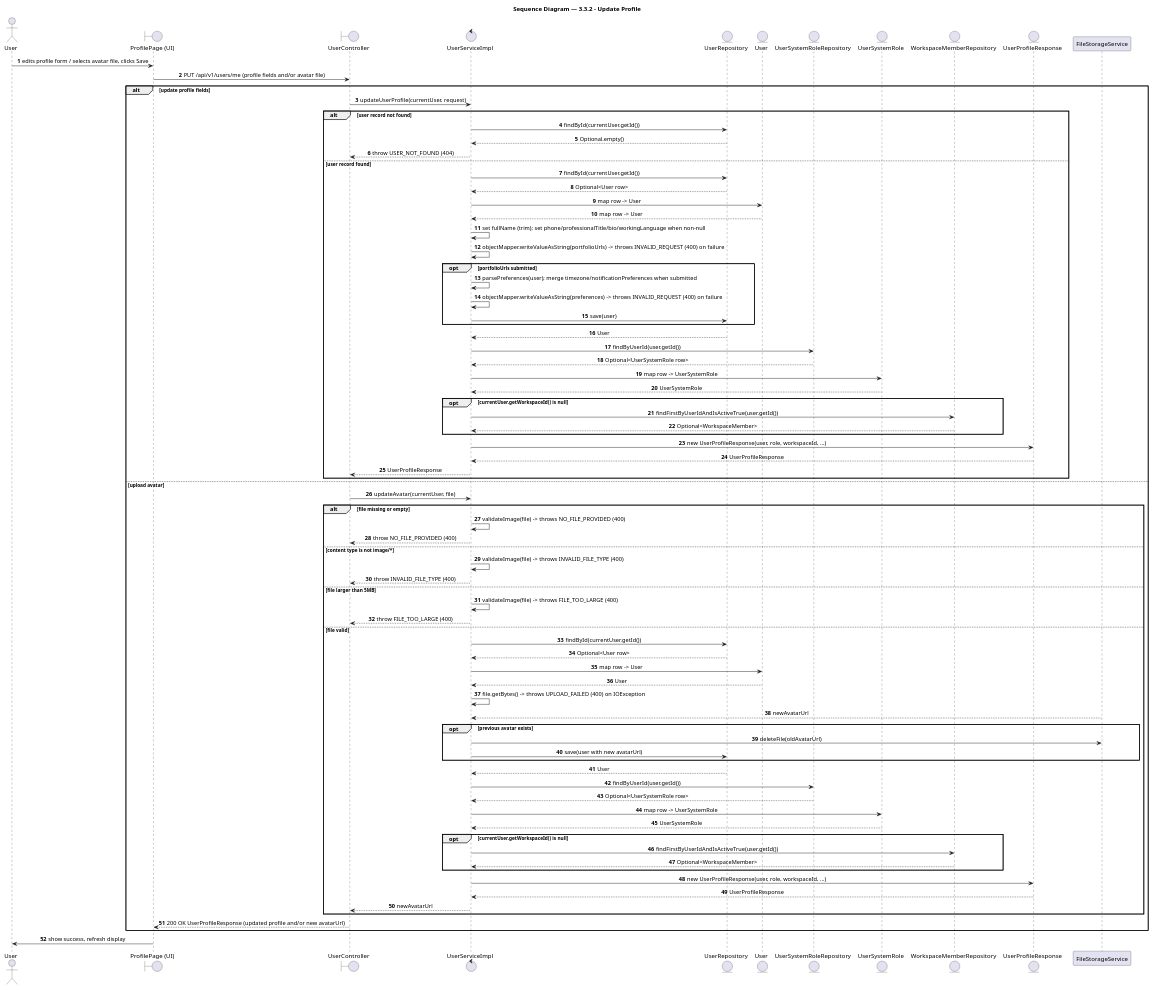
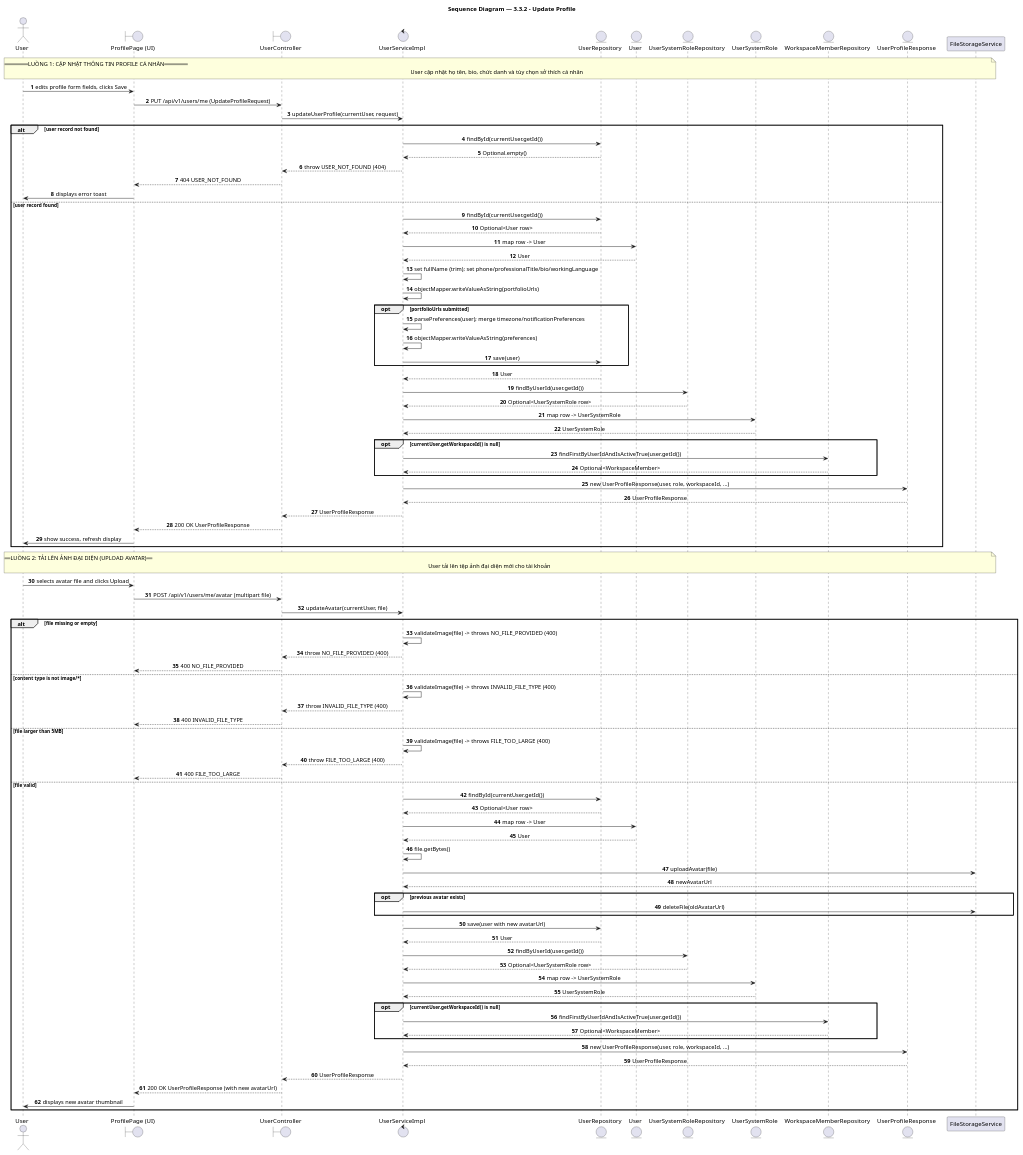
The diagram in docs/feature/profile/3-3-2-update-profile/report4_sequence.puml (BrandHubOrganization/brandhub-infrastructure), drawn with PlantUML before and after one commit. The commit also changed 21 other files, not shown here.

Commit message:
docs: add sequence diagrams and documentation for agency workspace and profile features

```diff
--- a/docs/feature/profile/3-3-2-update-profile/report4_sequence.puml
+++ b/docs/feature/profile/3-3-2-update-profile/report4_sequence.puml
@@ -1,96 +1,109 @@
 @startuml 3.3.2 - Update Profile
 title Sequence Diagram — 3.3.2 - Update Profile
 
 autonumber
 skinparam shadowing false
 skinparam sequenceMessageAlign center
 skinparam BoxPadding 10
 skinparam ParticipantPadding 10
 
 ' === Participants ===
 actor "User" as user
 boundary "ProfilePage (UI)" as profilepage_ui
 boundary "UserController" as usercontroller
 control "UserServiceImpl" as userserviceimpl
 entity "UserRepository" as userrepository
 entity "User" as user_1
 entity "UserSystemRoleRepository" as usersystemrolerepository
 entity "UserSystemRole" as usersystemrole
 entity "WorkspaceMemberRepository" as workspacememberrepository
 entity "UserProfileResponse" as userprofileresponse
 participant "FileStorageService" as filestorageservice
 
-' === Flow ===
-user -> profilepage_ui: edits profile form / selects avatar file, clicks Save
-profilepage_ui -> usercontroller: PUT /api/v1/users/me (profile fields and/or avatar file)
-alt update profile fields
-  usercontroller -> userserviceimpl: updateUserProfile(currentUser, request)
-  alt user record not found
-    userserviceimpl -> userrepository: findById(currentUser.getId())
-    userrepository --> userserviceimpl: Optional.empty()
-    userserviceimpl --> usercontroller: throw USER_NOT_FOUND (404)
-  else user record found
-    userserviceimpl -> userrepository: findById(currentUser.getId())
-    userrepository --> userserviceimpl: Optional<User row>
-    userserviceimpl -> user_1: map row -> User
-    user_1 --> userserviceimpl: map row -> User
-    userserviceimpl -> userserviceimpl: set fullName (trim); set phone/professionalTitle/bio/workingLanguage when non-null
-    userserviceimpl -> userserviceimpl: objectMapper.writeValueAsString(portfolioUrls) -> throws INVALID_REQUEST (400) on failure
-    opt portfolioUrls submitted
-      userserviceimpl -> userserviceimpl: parsePreferences(user); merge timezone/notificationPreferences when submitted
-      userserviceimpl -> userserviceimpl: objectMapper.writeValueAsString(preferences) -> throws INVALID_REQUEST (400) on failure
-      userserviceimpl -> userrepository: save(user)
-    end
-    userrepository --> userserviceimpl: User
-    userserviceimpl -> usersystemrolerepository: findByUserId(user.getId())
-    usersystemrolerepository --> userserviceimpl: Optional<UserSystemRole row>
-    userserviceimpl -> usersystemrole: map row -> UserSystemRole
-    usersystemrole --> userserviceimpl: UserSystemRole
-    opt currentUser.getWorkspaceId() is null
-      userserviceimpl -> workspacememberrepository: findFirstByUserIdAndIsActiveTrue(user.getId())
-      workspacememberrepository --> userserviceimpl: Optional<WorkspaceMember>
-    end
-    userserviceimpl -> userprofileresponse: new UserProfileResponse(user, role, workspaceId, ...)
-    userprofileresponse --> userserviceimpl: UserProfileResponse
-    userserviceimpl --> usercontroller: UserProfileResponse
+' === Flow 1 ===
+note over user, filestorageservice : == LUỒNG 1: CẬP NHẬT THÔNG TIN PROFILE CÁ NHÂN ==\nUser cập nhật họ tên, bio, chức danh và tùy chọn sở thích cá nhân
+
+user -> profilepage_ui: edits profile form fields, clicks Save
+profilepage_ui -> usercontroller: PUT /api/v1/users/me (UpdateProfileRequest)
+usercontroller -> userserviceimpl: updateUserProfile(currentUser, request)
+alt user record not found
+  userserviceimpl -> userrepository: findById(currentUser.getId())
+  userrepository --> userserviceimpl: Optional.empty()
+  userserviceimpl --> usercontroller: throw USER_NOT_FOUND (404)
+  usercontroller --> profilepage_ui: 404 USER_NOT_FOUND
+  profilepage_ui -> user: displays error toast
+else user record found
+  userserviceimpl -> userrepository: findById(currentUser.getId())
+  userrepository --> userserviceimpl: Optional<User row>
+  userserviceimpl -> user_1: map row -> User
+  user_1 --> userserviceimpl: User
+  userserviceimpl -> userserviceimpl: set fullName (trim); set phone/professionalTitle/bio/workingLanguage
+  userserviceimpl -> userserviceimpl: objectMapper.writeValueAsString(portfolioUrls)
+  opt portfolioUrls submitted
+    userserviceimpl -> userserviceimpl: parsePreferences(user); merge timezone/notificationPreferences
+    userserviceimpl -> userserviceimpl: objectMapper.writeValueAsString(preferences)
+    userserviceimpl -> userrepository: save(user)
   end
-else upload avatar
-  usercontroller -> userserviceimpl: updateAvatar(currentUser, file)
-  alt file missing or empty
-    userserviceimpl -> userserviceimpl: validateImage(file) -> throws NO_FILE_PROVIDED (400)
-    userserviceimpl --> usercontroller: throw NO_FILE_PROVIDED (400)
-  else content type is not image/*
-    userserviceimpl -> userserviceimpl: validateImage(file) -> throws INVALID_FILE_TYPE (400)
-    userserviceimpl --> usercontroller: throw INVALID_FILE_TYPE (400)
-  else file larger than 5MB
-    userserviceimpl -> userserviceimpl: validateImage(file) -> throws FILE_TOO_LARGE (400)
-    userserviceimpl --> usercontroller: throw FILE_TOO_LARGE (400)
-  else file valid
-    userserviceimpl -> userrepository: findById(currentUser.getId())
-    userrepository --> userserviceimpl: Optional<User row>
-    userserviceimpl -> user_1: map row -> User
-    user_1 --> userserviceimpl: User
-    userserviceimpl -> userserviceimpl: file.getBytes() -> throws UPLOAD_FAILED (400) on IOException
-    filestorageservice --> userserviceimpl: newAvatarUrl
-    opt previous avatar exists
-      userserviceimpl -> filestorageservice: deleteFile(oldAvatarUrl)
-      userserviceimpl -> userrepository: save(user with new avatarUrl)
-    end
-    userrepository --> userserviceimpl: User
-    userserviceimpl -> usersystemrolerepository: findByUserId(user.getId())
-    usersystemrolerepository --> userserviceimpl: Optional<UserSystemRole row>
-    userserviceimpl -> usersystemrole: map row -> UserSystemRole
-    usersystemrole --> userserviceimpl: UserSystemRole
-    opt currentUser.getWorkspaceId() is null
-      userserviceimpl -> workspacememberrepository: findFirstByUserIdAndIsActiveTrue(user.getId())
-      workspacememberrepository --> userserviceimpl: Optional<WorkspaceMember>
-    end
-    userserviceimpl -> userprofileresponse: new UserProfileResponse(user, role, workspaceId, ...)
-    userprofileresponse --> userserviceimpl: UserProfileResponse
-    userserviceimpl --> usercontroller: newAvatarUrl
+  userrepository --> userserviceimpl: User
+  userserviceimpl -> usersystemrolerepository: findByUserId(user.getId())
+  usersystemrolerepository --> userserviceimpl: Optional<UserSystemRole row>
+  userserviceimpl -> usersystemrole: map row -> UserSystemRole
+  usersystemrole --> userserviceimpl: UserSystemRole
+  opt currentUser.getWorkspaceId() is null
+    userserviceimpl -> workspacememberrepository: findFirstByUserIdAndIsActiveTrue(user.getId())
+    workspacememberrepository --> userserviceimpl: Optional<WorkspaceMember>
   end
-  usercontroller --> profilepage_ui: 200 OK UserProfileResponse (updated profile and/or new avatarUrl)
+  userserviceimpl -> userprofileresponse: new UserProfileResponse(user, role, workspaceId, ...)
+  userprofileresponse --> userserviceimpl: UserProfileResponse
+  userserviceimpl --> usercontroller: UserProfileResponse
+  usercontroller --> profilepage_ui: 200 OK UserProfileResponse
+  profilepage_ui -> user: show success, refresh display
 end
-profilepage_ui -> user: show success, refresh display
+
+' === Flow 2 ===
+note over user, filestorageservice : == LUỒNG 2: TẢI LÊN ẢNH ĐẠI DIỆN (UPLOAD AVATAR) ==\nUser tải lên tệp ảnh đại diện mới cho tài khoản
+
+user -> profilepage_ui: selects avatar file and clicks Upload
+profilepage_ui -> usercontroller: POST /api/v1/users/me/avatar (multipart file)
+usercontroller -> userserviceimpl: updateAvatar(currentUser, file)
+alt file missing or empty
+  userserviceimpl -> userserviceimpl: validateImage(file) -> throws NO_FILE_PROVIDED (400)
+  userserviceimpl --> usercontroller: throw NO_FILE_PROVIDED (400)
+  usercontroller --> profilepage_ui: 400 NO_FILE_PROVIDED
+else content type is not image/*
+  userserviceimpl -> userserviceimpl: validateImage(file) -> throws INVALID_FILE_TYPE (400)
+  userserviceimpl --> usercontroller: throw INVALID_FILE_TYPE (400)
+  usercontroller --> profilepage_ui: 400 INVALID_FILE_TYPE
+else file larger than 5MB
+  userserviceimpl -> userserviceimpl: validateImage(file) -> throws FILE_TOO_LARGE (400)
+  userserviceimpl --> usercontroller: throw FILE_TOO_LARGE (400)
+  usercontroller --> profilepage_ui: 400 FILE_TOO_LARGE
+else file valid
+  userserviceimpl -> userrepository: findById(currentUser.getId())
+  userrepository --> userserviceimpl: Optional<User row>
+  userserviceimpl -> user_1: map row -> User
+  user_1 --> userserviceimpl: User
+  userserviceimpl -> userserviceimpl: file.getBytes()
+  userserviceimpl -> filestorageservice: uploadAvatar(file)
+  filestorageservice --> userserviceimpl: newAvatarUrl
+  opt previous avatar exists
+    userserviceimpl -> filestorageservice: deleteFile(oldAvatarUrl)
+  end
+  userserviceimpl -> userrepository: save(user with new avatarUrl)
+  userrepository --> userserviceimpl: User
+  userserviceimpl -> usersystemrolerepository: findByUserId(user.getId())
+  usersystemrolerepository --> userserviceimpl: Optional<UserSystemRole row>
+  userserviceimpl -> usersystemrole: map row -> UserSystemRole
+  usersystemrole --> userserviceimpl: UserSystemRole
+  opt currentUser.getWorkspaceId() is null
+    userserviceimpl -> workspacememberrepository: findFirstByUserIdAndIsActiveTrue(user.getId())
+    workspacememberrepository --> userserviceimpl: Optional<WorkspaceMember>
+  end
+  userserviceimpl -> userprofileresponse: new UserProfileResponse(user, role, workspaceId, ...)
+  userprofileresponse --> userserviceimpl: UserProfileResponse
+  userserviceimpl --> usercontroller: UserProfileResponse
+  usercontroller --> profilepage_ui: 200 OK UserProfileResponse (with new avatarUrl)
+  profilepage_ui -> user: displays new avatar thumbnail
+end
 
 @enduml
```
